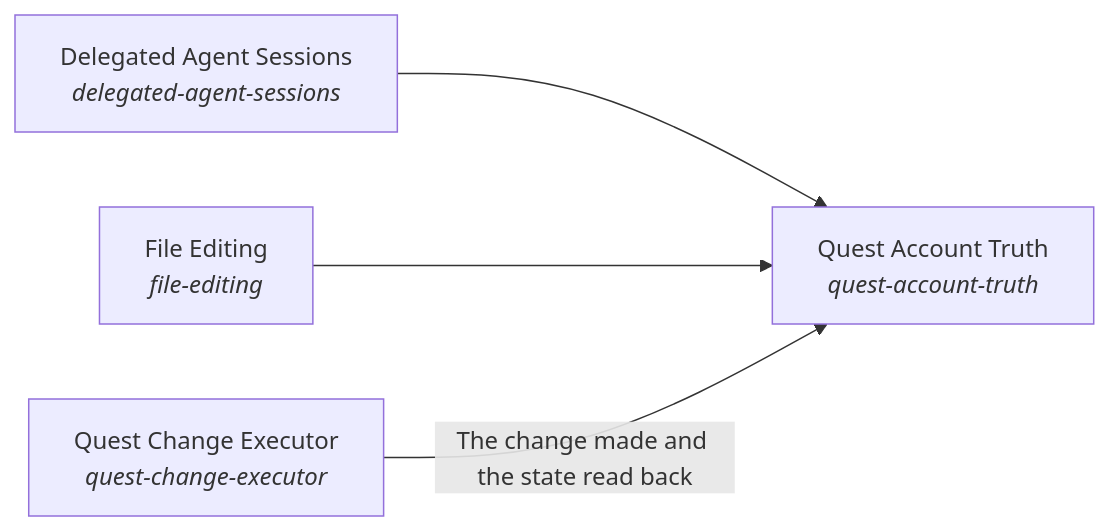
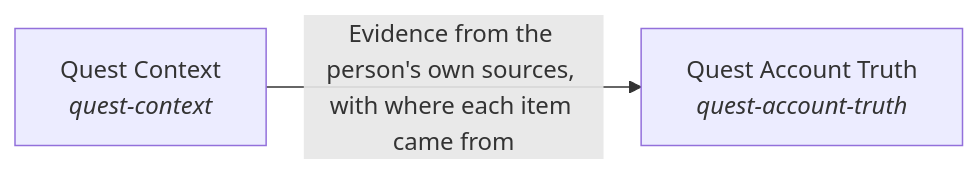
One commit to SpiritualData/quest-ai-runner changed the diagram in quest_ai_runner/the_body/README.md. Above: the diagram before and after it, drawn with Mermaid. The commit also changed other lines of this file and 100 other files, not shown here.

````diff
--- a/quest_ai_runner/the_body/README.md
+++ b/quest_ai_runner/the_body/README.md
@@ -17,10 +17,6 @@
 ```mermaid
 flowchart LR
-    s0["Delegated Agent Sessions<br/><i>delegated-agent-sessions</i>"]
-    s1["File Editing<br/><i>file-editing</i>"]
-    s2["Quest Account Truth<br/><i>quest-account-truth</i>"]
-    s3["Quest Change Executor<br/><i>quest-change-executor</i>"]
-    s0 --> s2
-    s1 --> s2
-    s3 -->|"The change made and the state read back"| s2
+    s0["Quest Context<br/><i>quest-context</i>"]
+    s1["Quest Account Truth<br/><i>quest-account-truth</i>"]
+    s0 -->|"Evidence from the person's own sources, with where each item came from"| s1
 ```
````
